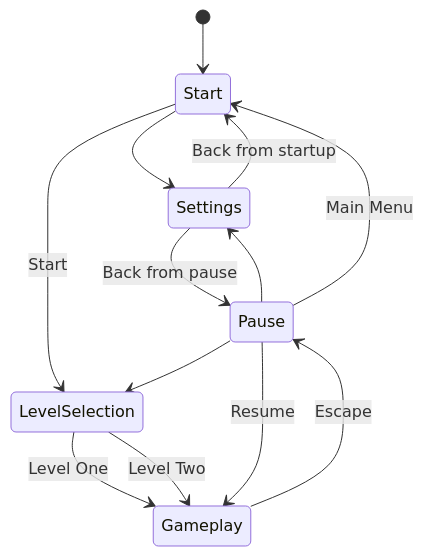
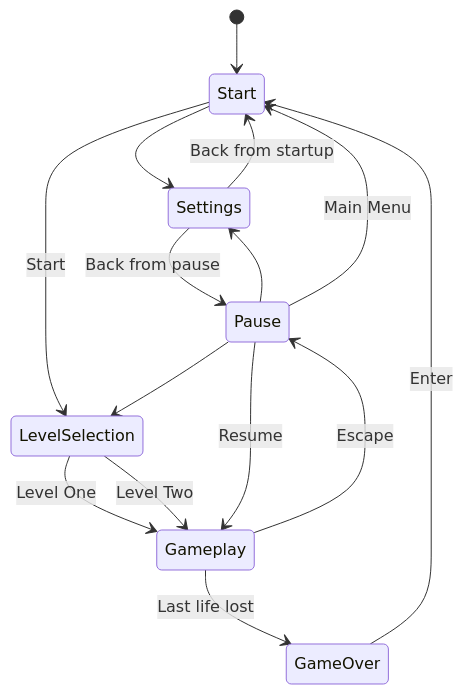
Before and after one commit to an-dr/artificial-will-game-v2: the diagram in docs/design/menu-and-level-lifecycle.md, drawn with Mermaid. The commit also changed other lines of this file and 10 other files, not shown here.

````diff
--- a/docs/design/menu-and-level-lifecycle.md
+++ b/docs/design/menu-and-level-lifecycle.md
@@ -23,15 +23,17 @@
 ```mermaid
 stateDiagram-v2
     [*] --> Start
     Start --> Settings
     Start --> LevelSelection: Start
     LevelSelection --> Gameplay: Level One
     LevelSelection --> Gameplay: Level Two
     Gameplay --> Pause: Escape
+    Gameplay --> GameOver: Last life lost
+    GameOver --> Start: Enter
     Pause --> Gameplay: Resume
     Pause --> Settings
     Pause --> LevelSelection
     Pause --> Start: Main Menu
     Settings --> Start: Back from startup
     Settings --> Pause: Back from pause
 ```
````
